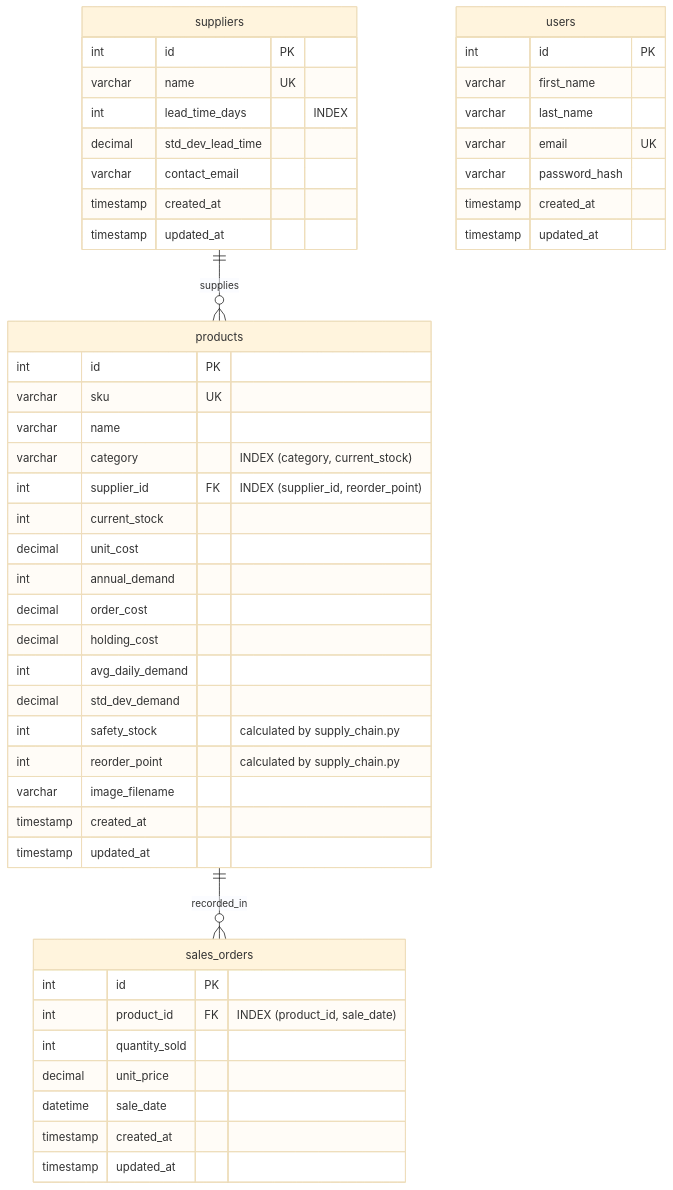
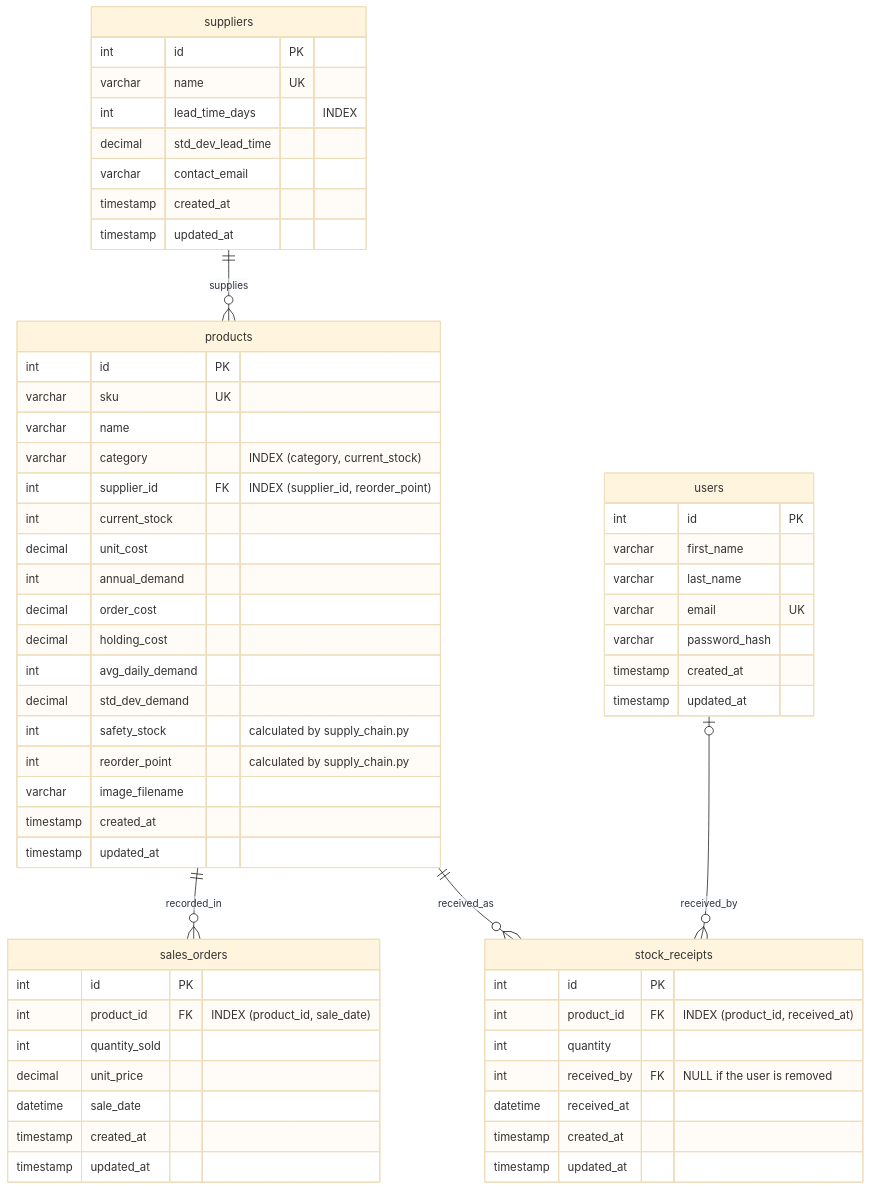
One commit to u22493523/BFB321_group3 changed the diagram in README.md. Above: the diagram before and after it, drawn with Mermaid (base theme). The commit also changed other lines of this file and 1 other file, not shown here.

````diff
--- a/README.md
+++ b/README.md
@@ -69,55 +74,67 @@
 ```mermaid
 erDiagram
     suppliers ||--o{ products : "supplies"
     products  ||--o{ sales_orders : "recorded_in"
+    products  ||--o{ stock_receipts : "received_as"
+    users     |o--o{ stock_receipts : "received_by"
 
     suppliers {
         int       id PK
         varchar   name UK
         int       lead_time_days "INDEX"
         decimal   std_dev_lead_time
         varchar   contact_email
         timestamp created_at
         timestamp updated_at
     }
 
     products {
         int       id PK
         varchar   sku UK
         varchar   name
         varchar   category "INDEX (category, current_stock)"
         int       supplier_id FK "INDEX (supplier_id, reorder_point)"
         int       current_stock
         decimal   unit_cost
         int       annual_demand
         decimal   order_cost
         decimal   holding_cost
         int       avg_daily_demand
         decimal   std_dev_demand
         int       safety_stock "calculated by supply_chain.py"
         int       reorder_point "calculated by supply_chain.py"
         varchar   image_filename
         timestamp created_at
         timestamp updated_at
     }
 
     sales_orders {
         int       id PK
         int       product_id FK "INDEX (product_id, sale_date)"
         int       quantity_sold
         decimal   unit_price
         datetime  sale_date
         timestamp created_at
         timestamp updated_at
     }
 
+    stock_receipts {
+        int       id PK
+        int       product_id FK "INDEX (product_id, received_at)"
+        int       quantity
+        int       received_by FK "NULL if the user is removed"
+        datetime  received_at
+        timestamp created_at
+        timestamp updated_at
+    }
+
     users {
         int       id PK
         varchar   first_name
         varchar   last_name
         varchar   email UK
         varchar   password_hash
         timestamp created_at
         timestamp updated_at
     }
 ```
````
